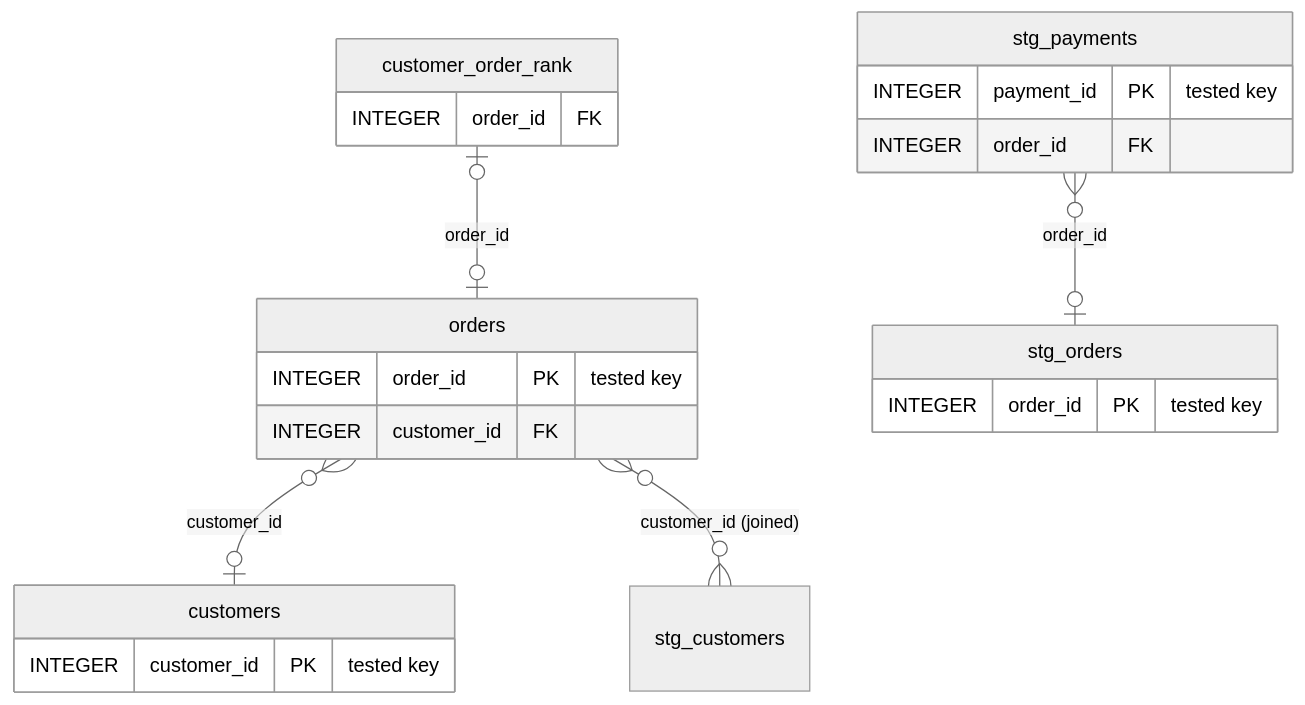
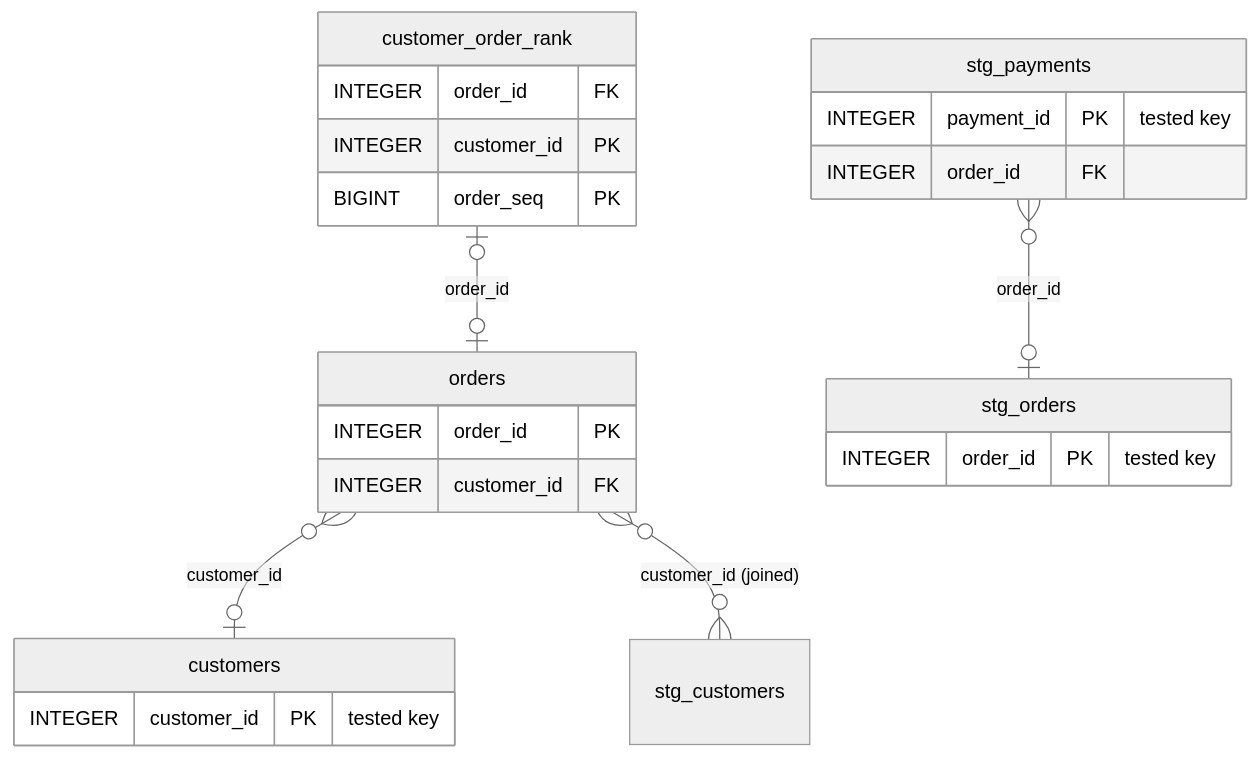
One commit to buchochelliq-labs/open-data-suite changed the diagram in docs/capabilities.md. Above: the diagram before and after it, drawn with Mermaid (neutral theme).

Commit message:
docs(site): refresh the demo ERD with the fixture's constraints
Claude-Session: https://claude.ai/code/session_019o28ABji7oKrHhDj6a9qF6

````diff
--- a/docs/capabilities.md
+++ b/docs/capabilities.md
@@ -21,24 +21,26 @@
 ```mermaid
 erDiagram
     customer_order_rank {
         INTEGER order_id FK
+        INTEGER customer_id PK
+        BIGINT order_seq PK
     }
     customers {
         INTEGER customer_id PK "tested key"
     }
     orders {
-        INTEGER order_id PK "tested key"
+        INTEGER order_id PK
         INTEGER customer_id FK
     }
     stg_orders {
         INTEGER order_id PK "tested key"
     }
     stg_payments {
         INTEGER payment_id PK "tested key"
         INTEGER order_id FK
     }
     customer_order_rank |o--o| orders : "order_id"
     orders }o--o| customers : "customer_id"
     orders }o--o{ stg_customers : "customer_id (joined)"
     stg_payments }o--o| stg_orders : "order_id"
 ```
````
